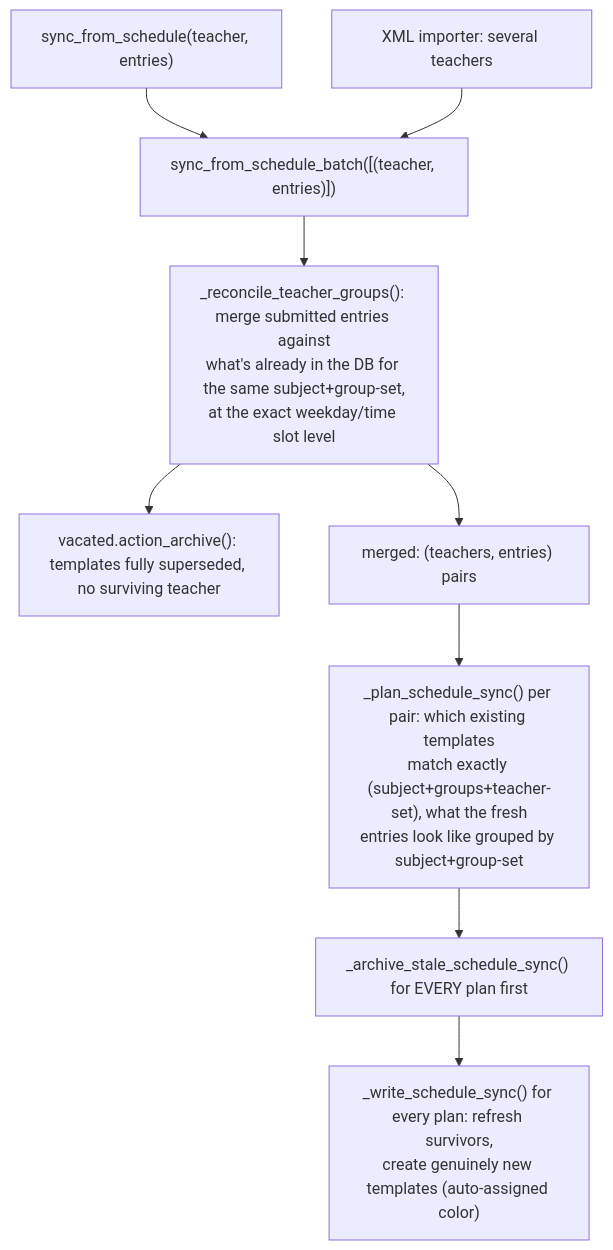
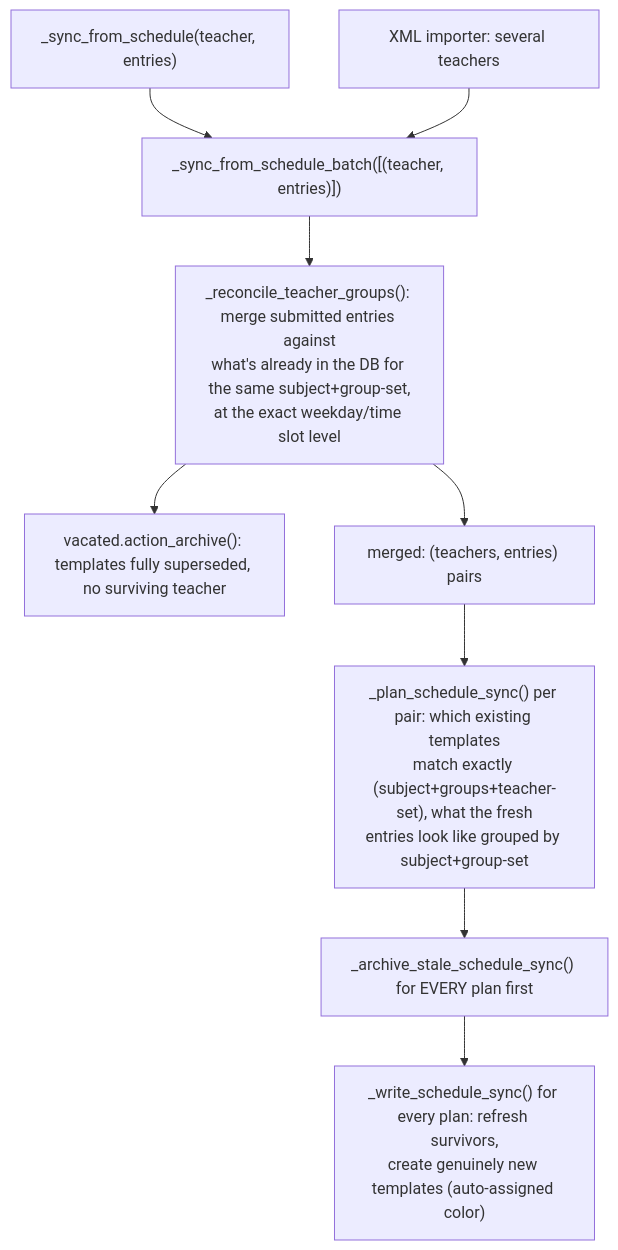
One commit to ElPuig/EMS changed the second of 4 diagrams in docs/en/developers/attendance/attendance_template.md. Above: the diagram before and after it, drawn with Mermaid. The commit also changed other lines of this file and 198 other files, not shown here.

````diff
--- a/docs/en/developers/attendance/attendance_template.md
+++ b/docs/en/developers/attendance/attendance_template.md
@@ -121,11 +123,11 @@
 ```mermaid
 flowchart TD
-    A["sync_from_schedule(teacher, entries)"] --> B["sync_from_schedule_batch([(teacher, entries)])"]
+    A["_sync_from_schedule(teacher, entries)"] --> B["_sync_from_schedule_batch([(teacher, entries)])"]
     C["XML importer: several teachers"] --> B
     B --> D["_reconcile_teacher_groups(): merge submitted entries against\nwhat's already in the DB for the same subject+group-set,\nat the exact weekday/time slot level"]
     D --> E["vacated.action_archive(): templates fully superseded, no surviving teacher"]
     D --> F["merged: (teachers, entries) pairs"]
     F --> G["_plan_schedule_sync() per pair: which existing templates\nmatch exactly (subject+groups+teacher-set), what the fresh\nentries look like grouped by subject+group-set"]
     G --> H["_archive_stale_schedule_sync() for EVERY plan first"]
     H --> I["_write_schedule_sync() for every plan: refresh survivors,\ncreate genuinely new templates (auto-assigned color)"]
 ```
````
